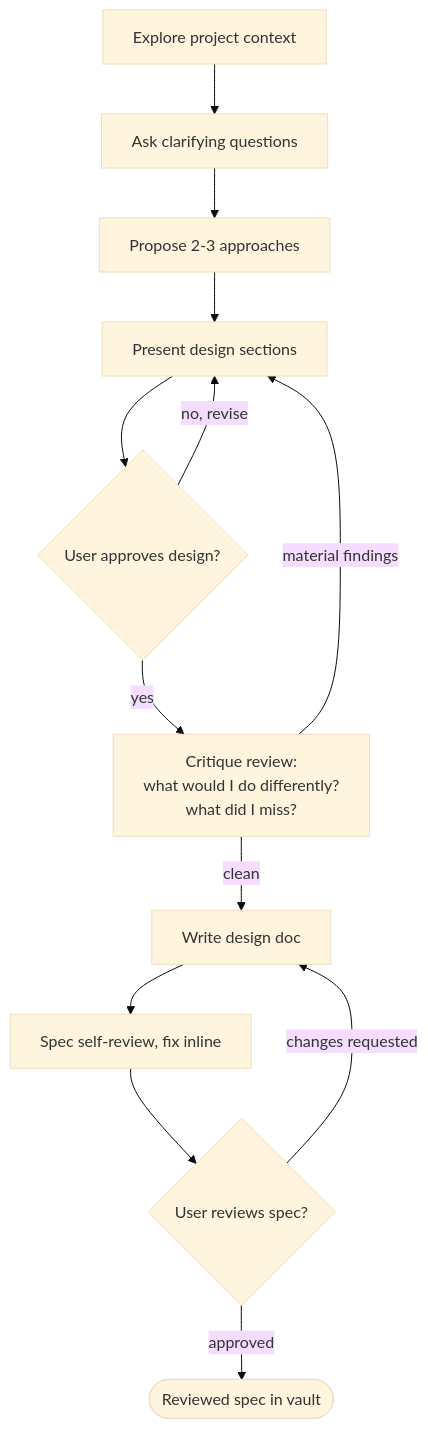
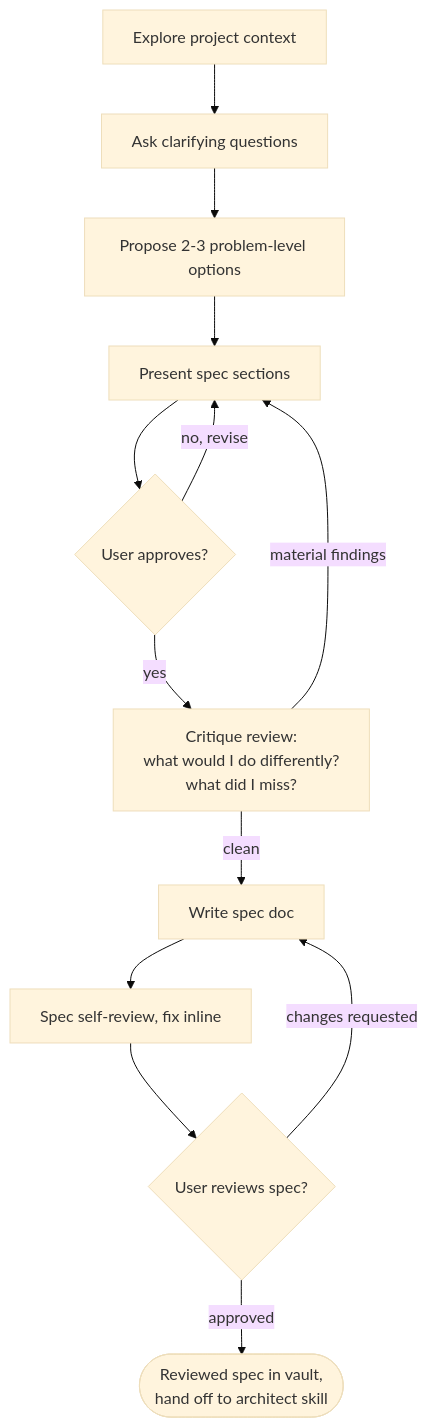
Before and after one commit to ycastorium/bionic-castor: the diagram in skills/brainstorming/SKILL.md, drawn with Mermaid (base theme). The commit also changed other lines of this file and 10 other files, not shown here.

Commit message:
Added new architect skill

````diff
--- a/skills/brainstorming/SKILL.md
+++ b/skills/brainstorming/SKILL.md
@@ -35,15 +35,15 @@
 ```mermaid
 flowchart TD
     explore[Explore project context] --> questions[Ask clarifying questions]
-    questions --> approaches[Propose 2-3 approaches]
-    approaches --> present[Present design sections]
-    present --> approve{User approves design?}
+    questions --> approaches[Propose 2-3 problem-level options]
+    approaches --> present[Present spec sections]
+    present --> approve{User approves?}
     approve -- no, revise --> present
     approve -- yes --> critique[Critique review:<br>what would I do differently?<br>what did I miss?]
     critique -- material findings --> present
-    critique -- clean --> write[Write design doc]
+    critique -- clean --> write[Write spec doc]
     write --> selfreview[Spec self-review, fix inline]
     selfreview --> specreview{User reviews spec?}
     specreview -- changes requested --> write
-    specreview -- approved --> done([Reviewed spec in vault])
+    specreview -- approved --> done([Reviewed spec in vault,<br>hand off to architect skill])
 ```
````
